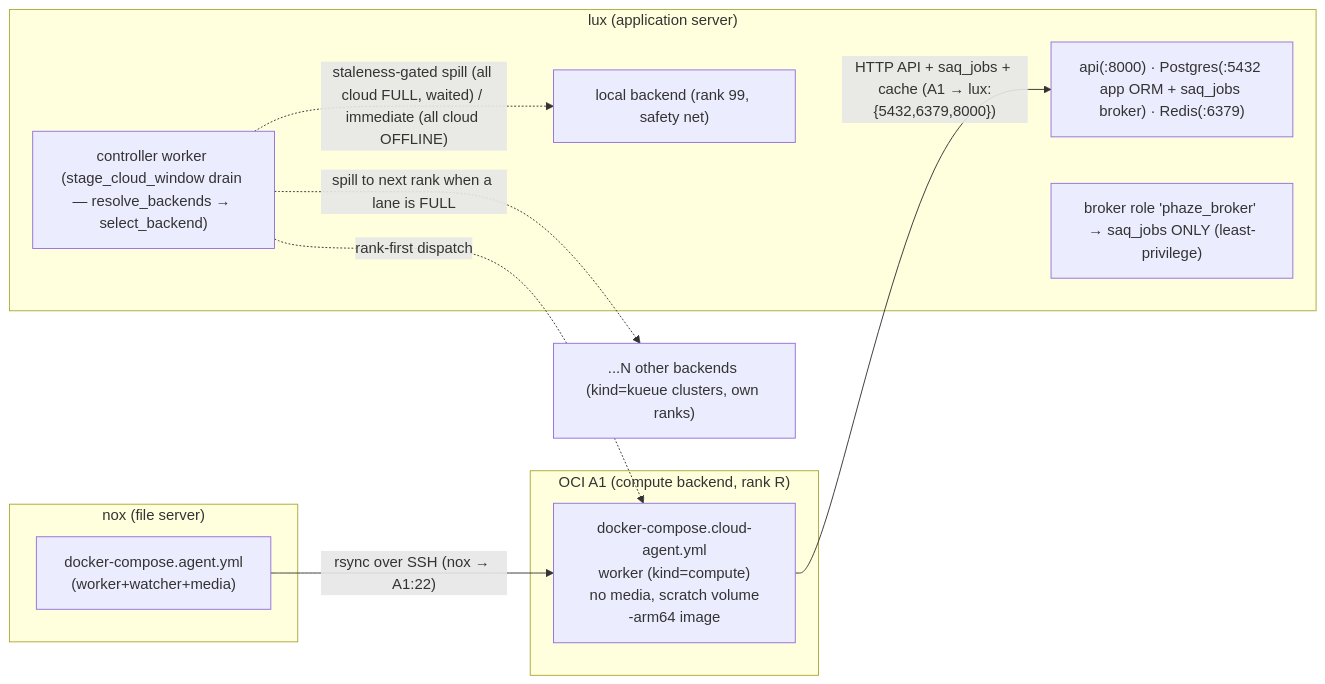
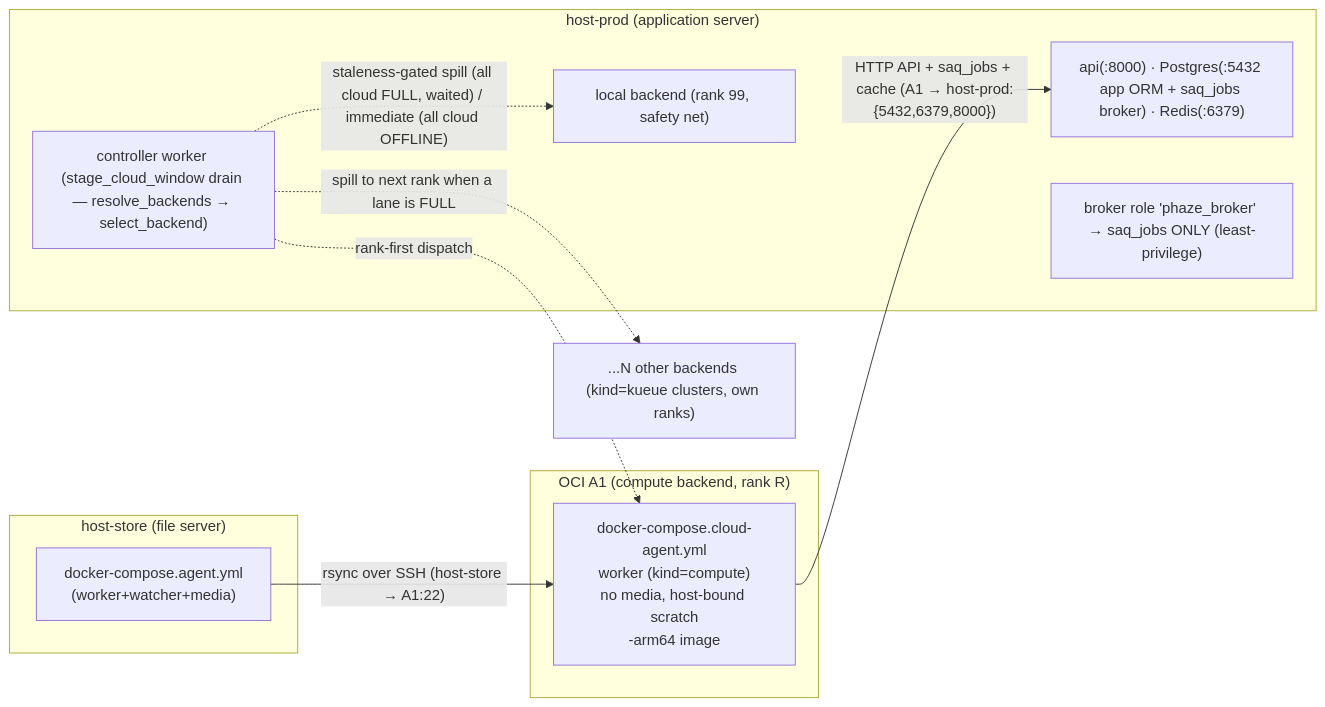
The diagram in docs/cloud-burst.md (SimplicityGuy/phaze), drawn with Mermaid before and after one commit. The commit also changed other lines of this file and 12 other files, not shown here.

````diff
--- a/docs/cloud-burst.md
+++ b/docs/cloud-burst.md
@@ -40,22 +40,22 @@
 ```mermaid
 flowchart LR
   %% Tailscale tailnet (default-deny grants ACL)
-  subgraph nox["nox (file server)"]
-    noxc["docker-compose.agent.yml<br/>(worker+watcher+media)"]
+  subgraph store["host-store (file server)"]
+    storec["docker-compose.agent.yml<br/>(worker+watcher+media)"]
   end
   subgraph a1["OCI A1 (compute backend, rank R)"]
-    a1c["docker-compose.cloud-agent.yml<br/>worker (kind=compute)<br/>no media, scratch volume<br/>-arm64 image"]
+    a1c["docker-compose.cloud-agent.yml<br/>worker (kind=compute)<br/>no media, host-bound scratch<br/>-arm64 image"]
   end
-  subgraph lux["lux (application server)"]
-    luxapi["api(:8000) · Postgres(:5432 app ORM + saq_jobs broker) · Redis(:6379)"]
-    luxctl["controller worker (stage_cloud_window drain — resolve_backends → select_backend)"]
-    luxbroker["broker role 'phaze_broker' → saq_jobs ONLY (least-privilege)"]
-    luxlocal["local backend (rank 99, safety net)"]
+  subgraph control["host-prod (application server)"]
+    controlapi["api(:8000) · Postgres(:5432 app ORM + saq_jobs broker) · Redis(:6379)"]
+    controlworker["controller worker (stage_cloud_window drain — resolve_backends → select_backend)"]
+    controlbroker["broker role 'phaze_broker' → saq_jobs ONLY (least-privilege)"]
+    controllocal["local backend (rank 99, safety net)"]
   end
   kueue["...N other backends (kind=kueue clusters, own ranks)"]
-  noxc -->|"rsync over SSH (nox → A1:22)"| a1c
-  a1c -->|"HTTP API + saq_jobs + cache (A1 → lux:{5432,6379,8000})"| luxapi
-  luxctl -.->|"rank-first dispatch"| a1c
-  luxctl -.->|"spill to next rank when a lane is FULL"| kueue
-  luxctl -.->|"staleness-gated spill (all cloud FULL, waited) / immediate (all cloud OFFLINE)"| luxlocal
+  storec -->|"rsync over SSH (host-store → A1:22)"| a1c
+  a1c -->|"HTTP API + saq_jobs + cache (A1 → host-prod:{5432,6379,8000})"| controlapi
+  controlworker -.->|"rank-first dispatch"| a1c
+  controlworker -.->|"spill to next rank when a lane is FULL"| kueue
+  controlworker -.->|"staleness-gated spill (all cloud FULL, waited) / immediate (all cloud OFFLINE)"| controllocal
 ```
````
